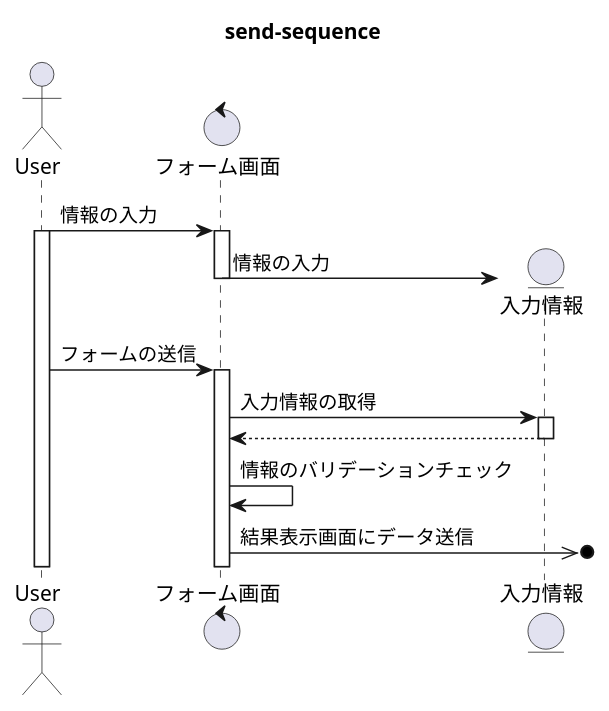
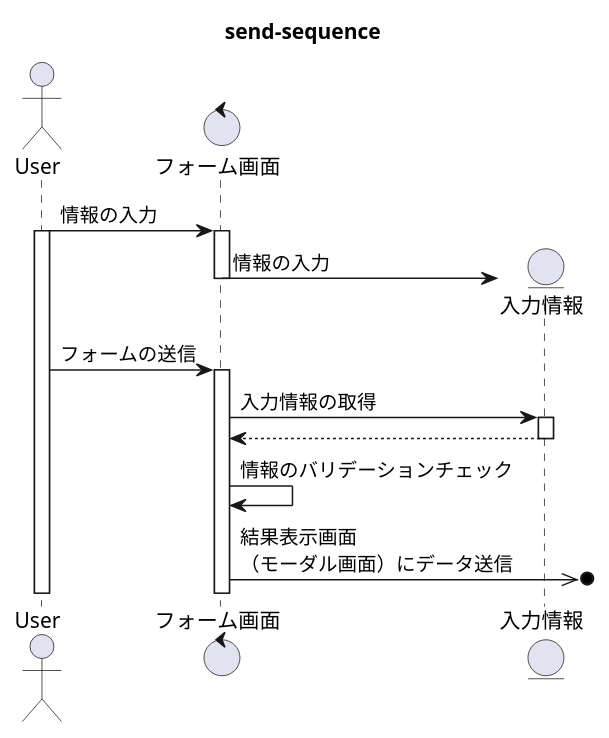
One commit to dede-20191130/send-contact-form changed the diagram in docs/sequence/seq-send-fm-dt.pu. Above: the diagram before and after it, drawn with PlantUML. The commit also changed 2 other files, not shown here.

```diff
--- a/docs/sequence/seq-send-fm-dt.pu
+++ b/docs/sequence/seq-send-fm-dt.pu
@@ -1,23 +1,23 @@
 @startuml send-sequence
 title send-sequence
 actor User
 control フォーム画面 as fm
 
 User -> fm:情報の入力
 activate User
 activate fm
 create entity 入力情報 as info
 fm -> info:情報の入力
 deactivate fm
 User -> fm:フォームの送信
 activate fm
 fm -> info:入力情報の取得
 activate info
 info --> fm
 deactivate info
 fm -> fm:情報のバリデーションチェック
-fm ->>o]:結果表示画面にデータ送信
+fm ->>o]:結果表示画面\n（モーダル画面）にデータ送信
 
 
 
 @enduml
```
